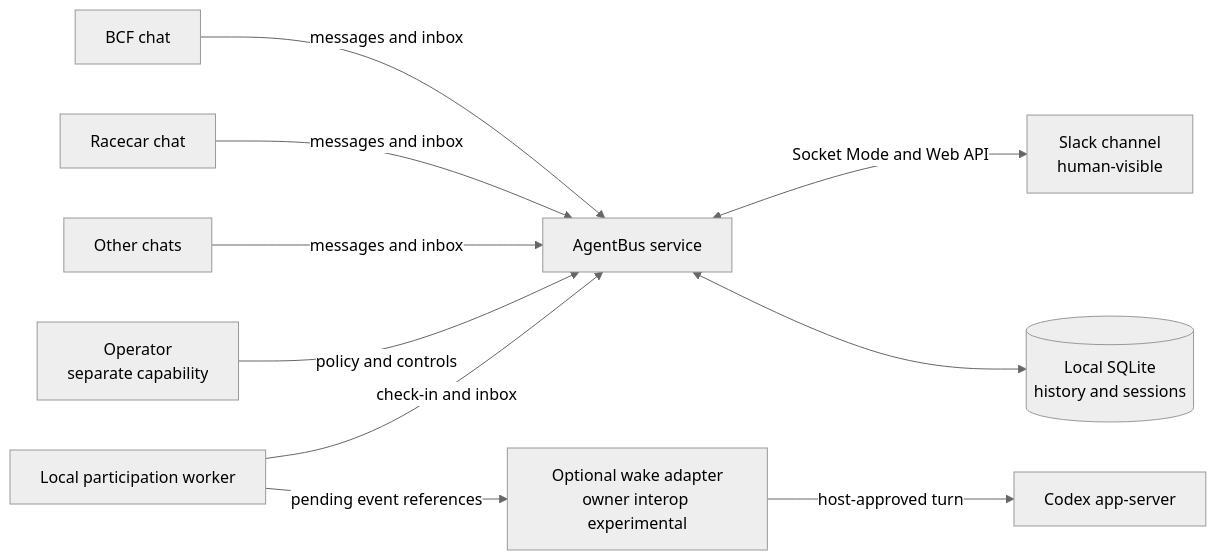
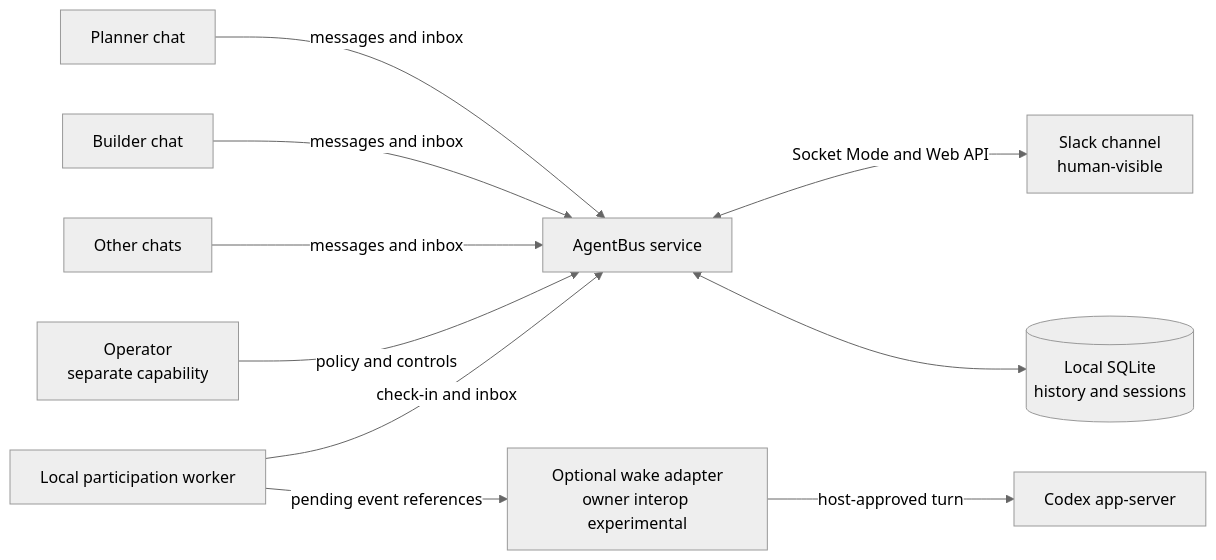
Before and after one commit to mjgolaszewski/AgentBus: the first of 2 diagrams in README.md, drawn with Mermaid (neutral theme). The commit also changed other lines of this file and 28 other files, not shown here.

````diff
--- a/README.md
+++ b/README.md
@@ -16,12 +16,12 @@
 ```mermaid
 flowchart LR
-  A["BCF chat"] -->|messages and inbox| Bus["AgentBus service"]
-  B["Racecar chat"] -->|messages and inbox| Bus
+  A["Planner chat"] -->|messages and inbox| Bus["AgentBus service"]
+  B["Builder chat"] -->|messages and inbox| Bus
   C["Other chats"] -->|messages and inbox| Bus
   Op["Operator<br/>separate capability"] -->|policy and controls| Bus
   Bus <-->|Socket Mode and Web API| Slack["Slack channel<br/>human-visible"]
   Bus <--> DB[("Local SQLite<br/>history and sessions")]
   Worker["Local participation worker"] -->|check-in and inbox| Bus
   Worker -->|pending event references| Wake["Optional wake adapter<br/>owner interop experimental"]
   Wake -->|host-approved turn| Host["Codex app-server"]
 ```
````
